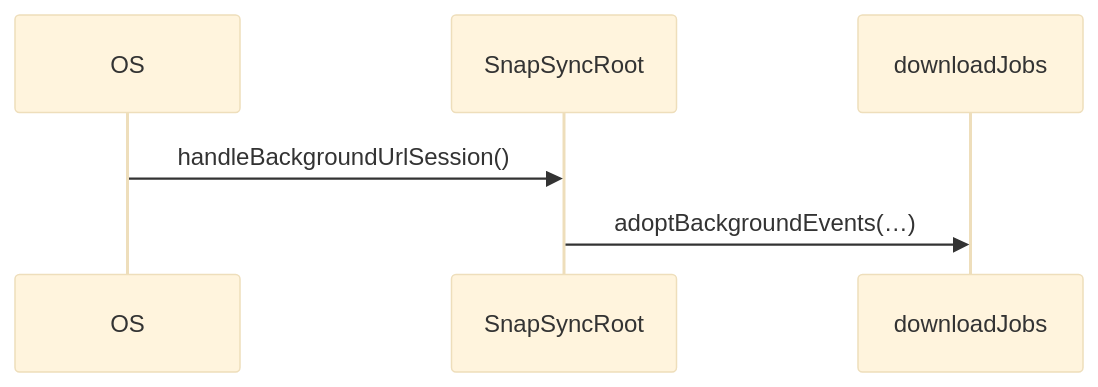
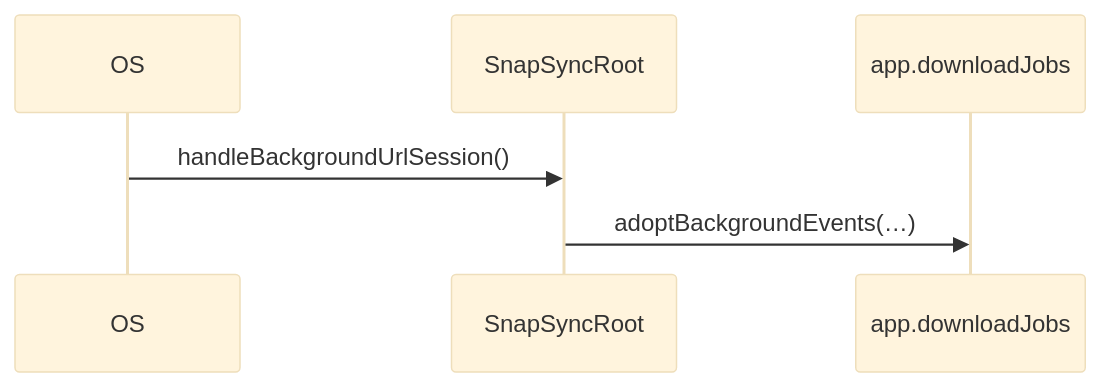
One commit to stefanhoelzl/SnapSync changed the diagram in architecture/flows/handleBackgroundUrlSession.md. Above: the diagram before and after it, drawn with Mermaid (base theme). The commit also changed other lines of this file and 38 other files, not shown here.

First line of the commit message:
feat(architecture): migration step 7 — compose/: uploadCore, then snapSyncApp

````diff
--- a/architecture/flows/handleBackgroundUrlSession.md
+++ b/architecture/flows/handleBackgroundUrlSession.md
@@ -12,8 +12,8 @@
 ```mermaid
 sequenceDiagram
   participant OS
   participant SnapSyncRoot
-  participant downloadJobs
+  participant app_downloadJobs as app.downloadJobs
   OS->>SnapSyncRoot: handleBackgroundUrlSession()
-  SnapSyncRoot->>downloadJobs: adoptBackgroundEvents(…)
+  SnapSyncRoot->>app_downloadJobs: adoptBackgroundEvents(…)
 ```
````
